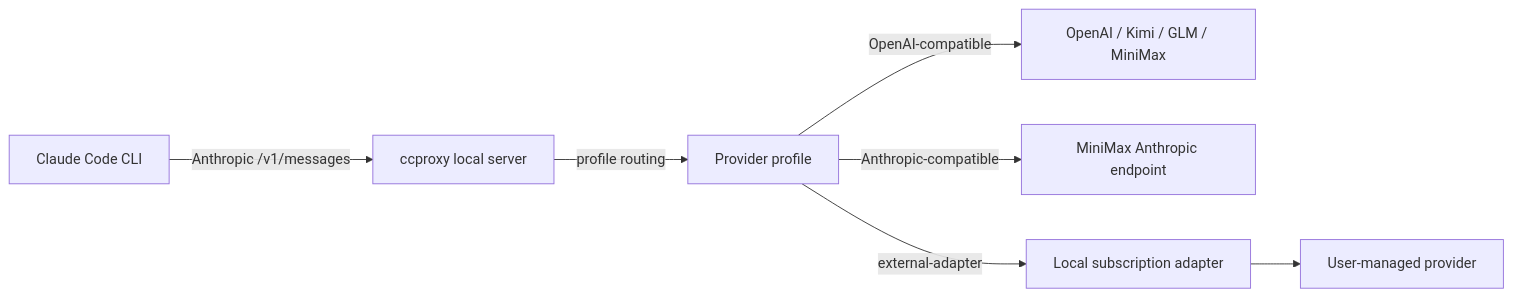
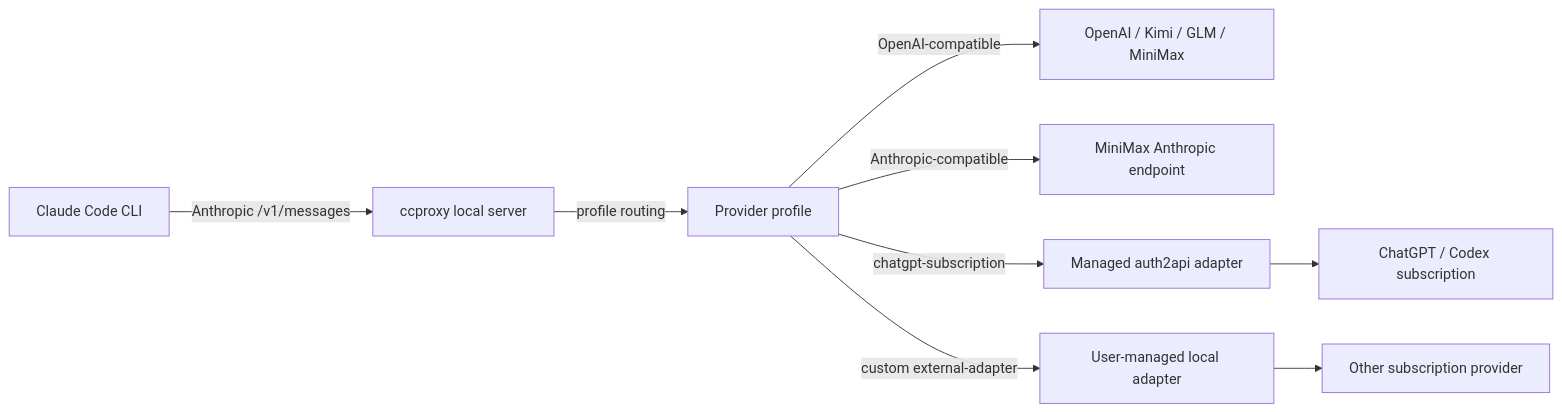
Before and after one commit to shuaishuaiZhu-ai/claude-code-proxy: the diagram in docs/architecture.md, drawn with Mermaid. The commit also changed other lines of this file and 20 other files, not shown here.

Commit message:
Manage ChatGPT subscription adapter

````diff
--- a/docs/architecture.md
+++ b/docs/architecture.md
@@ -3,9 +3,11 @@
 ```mermaid
 flowchart LR
   Claude["Claude Code CLI"] -->|"Anthropic /v1/messages"| Proxy["ccproxy local server"]
   Proxy -->|"profile routing"| Router["Provider profile"]
   Router -->|"OpenAI-compatible"| OpenAI["OpenAI / Kimi / GLM / MiniMax"]
   Router -->|"Anthropic-compatible"| Anthropic["MiniMax Anthropic endpoint"]
-  Router -->|"external-adapter"| Adapter["Local subscription adapter"]
-  Adapter --> Provider["User-managed provider"]
+  Router -->|"chatgpt-subscription"| Managed["Managed auth2api adapter"]
+  Router -->|"custom external-adapter"| Adapter["User-managed local adapter"]
+  Managed --> ChatGPT["ChatGPT / Codex subscription"]
+  Adapter --> Provider["Other subscription provider"]
 ```
````
